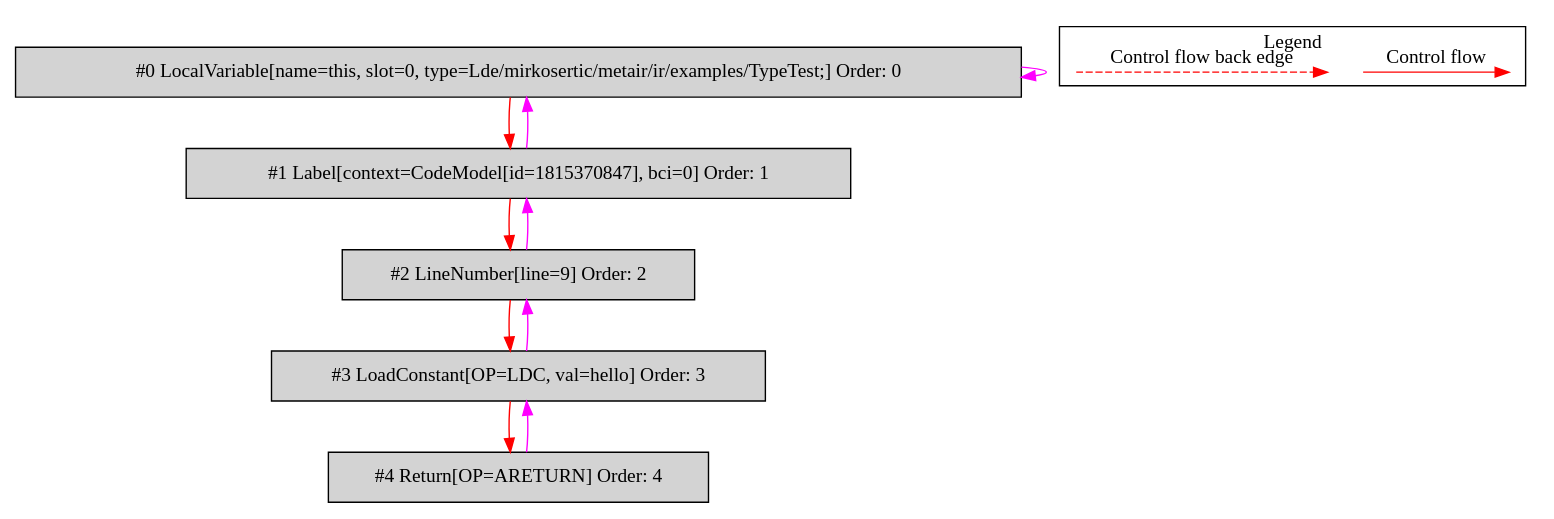
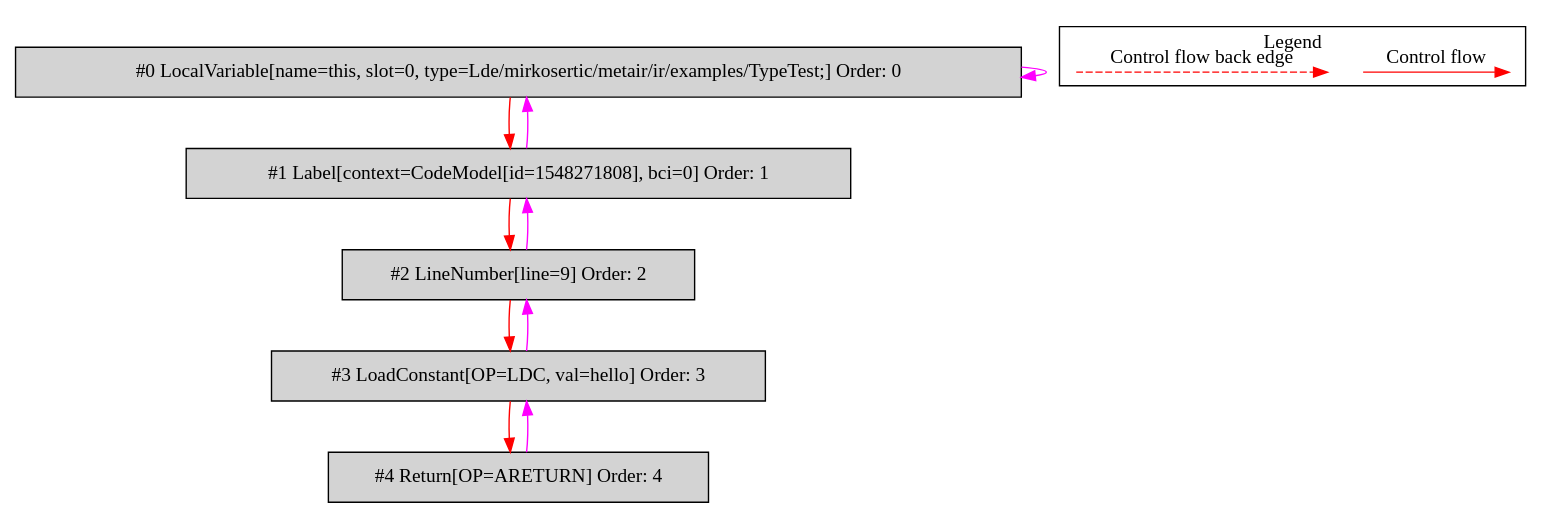
Before and after one commit to mirkosertic/MetaIR: the diagram in de.mirkosertic.metair.ir.examples.TypeTest/downCastReturnObject/bytecodecfg.dot, drawn with Graphviz. The commit also changed 455 other files, not shown here.

```diff
--- a/de.mirkosertic.metair.ir.examples.TypeTest/downCastReturnObject/bytecodecfg.dot
+++ b/de.mirkosertic.metair.ir.examples.TypeTest/downCastReturnObject/bytecodecfg.dot
@@ -1,31 +1,31 @@
 digraph {
  ordering="in";
  node0[label="#0 LocalVariable[name=this, slot=0, type=Lde/mirkosertic/metair/ir/examples/TypeTest;] Order: 0", shape=box, fillcolor=lightgrey, style=filled];
- node1[label="#1 Label[context=CodeModel[id=1815370847], bci=0] Order: 1", shape=box, fillcolor=lightgrey, style=filled];
+ node1[label="#1 Label[context=CodeModel[id=1548271808], bci=0] Order: 1", shape=box, fillcolor=lightgrey, style=filled];
  node2[label="#2 LineNumber[line=9] Order: 2", shape=box, fillcolor=lightgrey, style=filled];
  node3[label="#3 LoadConstant[OP=LDC, val=hello] Order: 3", shape=box, fillcolor=lightgrey, style=filled];
  node4[label="#4 Return[OP=ARETURN] Order: 4", shape=box, fillcolor=lightgrey, style=filled];
  node0 -> node0[color=fuchsia];
  node0 -> node1[color=red];
  node1 -> node0[color=fuchsia];
  node1 -> node2[color=red];
  node2 -> node1[color=fuchsia];
  node2 -> node3[color=red];
  node3 -> node2[color=fuchsia];
  node3 -> node4[color=red];
  node4 -> node3[color=fuchsia];
  subgraph cluster_000 {
   label = "Legend";
   node [shape=point]
   {
    rank=same;
    c0 [style = invis];
    c1 [style = invis];
    c2 [style = invis];
    c3 [style = invis];
   }
   c0 -> c1 [label="Control flow", style=solid, color=red]
   c2 -> c3 [label="Control flow back edge", style=dashed, color=red]
  }
 
 }
```
